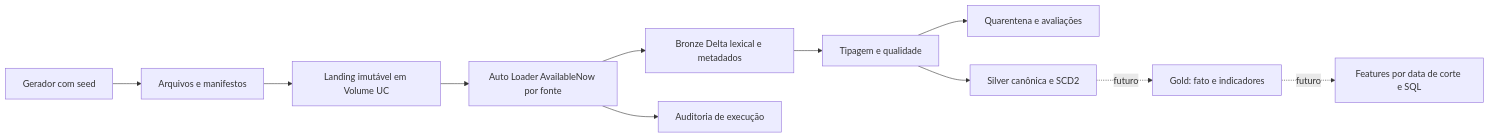
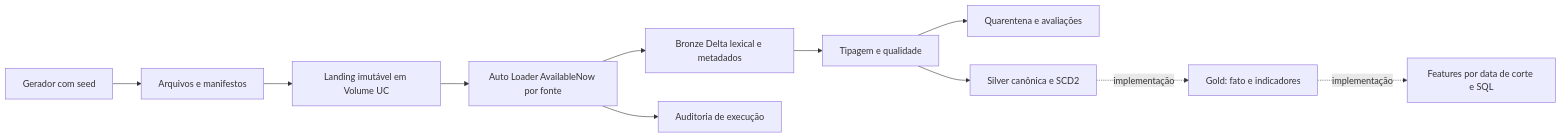
One commit to Daniel-F-Alencar/NovaRota_Case changed the diagram in docs/architecture.md. Above: the diagram before and after it, drawn with Mermaid. The commit also changed other lines of this file and 7 other files, not shown here.

````diff
--- a/docs/architecture.md
+++ b/docs/architecture.md
@@ -7,13 +7,13 @@
 ```mermaid
 flowchart LR
     G[Gerador com seed] --> M[Arquivos e manifestos]
     M --> V[Landing imutável em Volume UC]
     V --> A[Auto Loader AvailableNow por fonte]
     A --> B[Bronze Delta lexical e metadados]
     A --> O[Auditoria de execução]
     B --> Q[Tipagem e qualidade]
     Q --> X[Quarentena e avaliações]
     Q --> S[Silver canônica e SCD2]
-    S -. futuro .-> F[Gold: fato e indicadores]
-    F -. futuro .-> D[Features por data de corte e SQL]
+    S -. implementação .-> F[Gold: fato e indicadores]
+    F -. implementação .-> D[Features por data de corte e SQL]
 ```
````
